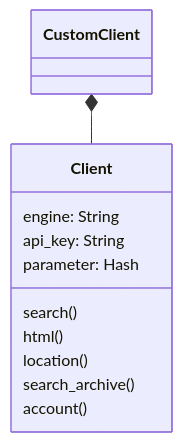
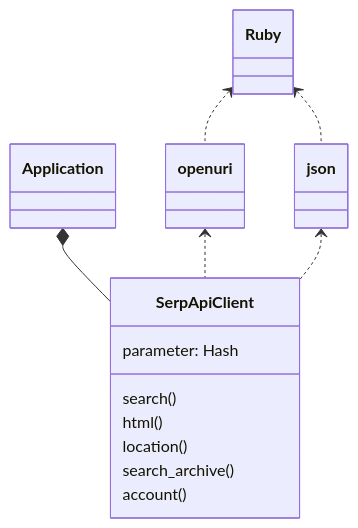
The first of 2 diagrams in README.md (serpapi/serpapi-ruby), drawn with Mermaid before and after one commit. The commit also changed other lines of this file and 2 other files, not shown here.

````diff
--- a/README.md
+++ b/README.md
@@ -538,14 +537,16 @@
 ```mermaid
 classDiagram
-  CustomClient *-- Client
-  class Client {
-    engine: String
-    api_key: String
+  Application *-- SerpApiClient
+  class SerpApiClient {
     parameter: Hash
     search()
     html()
     location()
     search_archive()
     account()
   }
+  openuri <.. SerpApiClient
+  json <.. SerpApiClient
+  Ruby <.. openuri
+  Ruby <.. json
 ```
````
